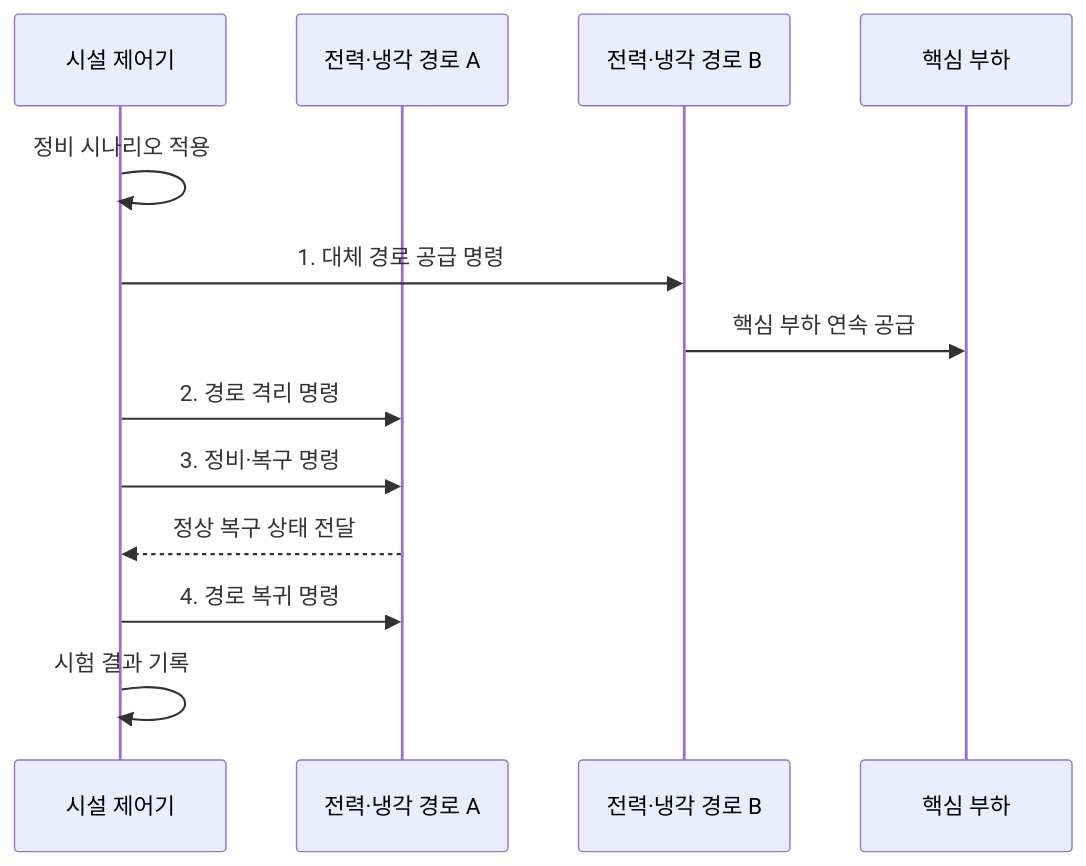
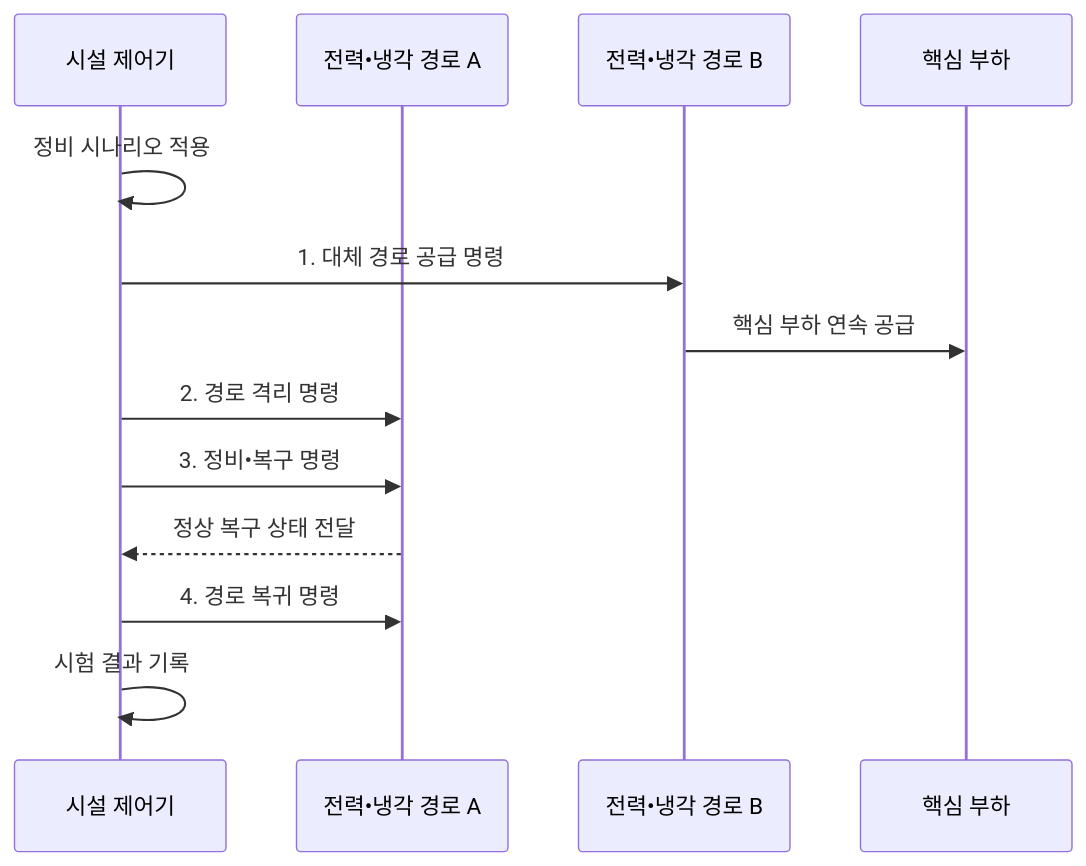
Before and after one commit to agnusdei1207/knowledge-base: the diagram in src/content/docs/notes/02-hardware/056_data_center_tier.md, drawn with Mermaid. The commit also changed other lines of this file and 953 other files, not shown here.

````diff
--- a/src/content/docs/notes/02-hardware/056_data_center_tier.md
+++ b/src/content/docs/notes/02-hardware/056_data_center_tier.md
@@ -89,16 +89,16 @@
 ```mermaid
 sequenceDiagram
     participant C as 시설 제어기
-    participant A as 전력·냉각 경로 A
-    participant B as 전력·냉각 경로 B
+    participant A as 전력•냉각 경로 A
+    participant B as 전력•냉각 경로 B
     participant L as 핵심 부하
 
     C->>C: 정비 시나리오 적용
     C->>B: 1. 대체 경로 공급 명령
     B->>L: 핵심 부하 연속 공급
     C->>A: 2. 경로 격리 명령
-    C->>A: 3. 정비·복구 명령
+    C->>A: 3. 정비•복구 명령
     A-->>C: 정상 복구 상태 전달
     C->>A: 4. 경로 복귀 명령
     C->>C: 시험 결과 기록
 ```
````
